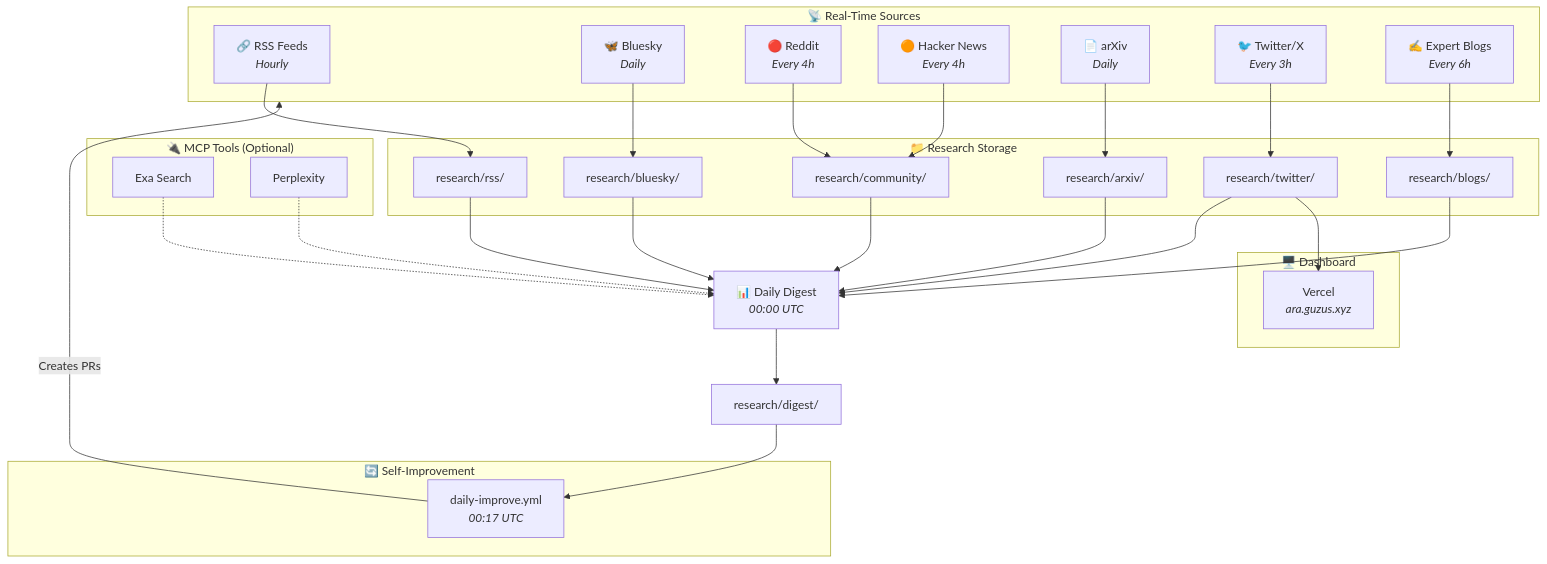
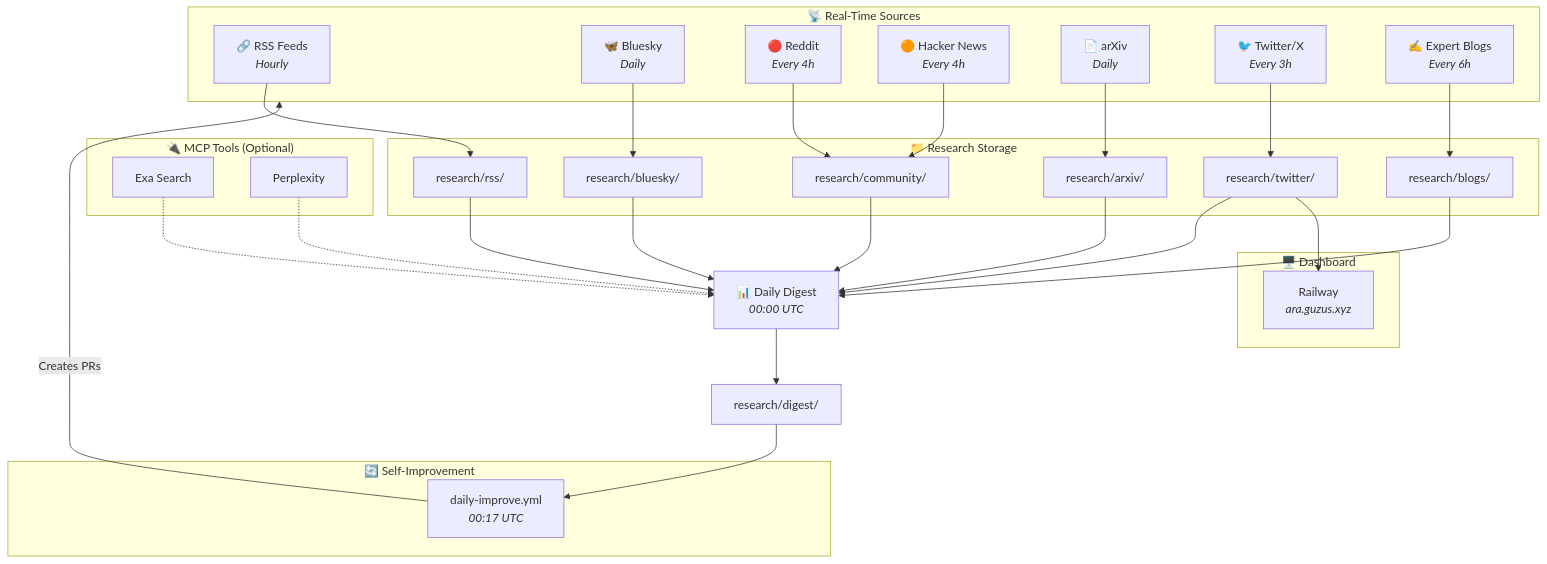
Before and after one commit to guzus/ai-research-arm: the first of 2 diagrams in README.md, drawn with Mermaid. The commit also changed other lines of this file and 1 other file, not shown here.

First line of the commit message:
Docs hosting truth 2026-06-10: ara.guzus.xyz is served by Railway, not Vercel

````diff
--- a/README.md
+++ b/README.md
@@ -15,60 +15,60 @@
 ```mermaid
 flowchart TB
     subgraph sources["📡 Real-Time Sources"]
         RSS["🔗 RSS Feeds<br/><i>Hourly</i>"]
         Bluesky["🦋 Bluesky<br/><i>Daily</i>"]
         Reddit["🔴 Reddit<br/><i>Every 4h</i>"]
         HN["🟠 Hacker News<br/><i>Every 4h</i>"]
         arXiv["📄 arXiv<br/><i>Daily</i>"]
         Twitter["🐦 Twitter/X<br/><i>Every 3h</i>"]
         Blogs["✍️ Expert Blogs<br/><i>Every 6h</i>"]
     end
 
     subgraph mcp["🔌 MCP Tools (Optional)"]
         Exa["Exa Search"]
         Perplexity["Perplexity"]
     end
 
     subgraph storage["📁 Research Storage"]
         rss_out["research/rss/"]
         bluesky_out["research/bluesky/"]
         community_out["research/community/"]
         arxiv_out["research/arxiv/"]
         twitter_out["research/twitter/"]
         blogs_out["research/blogs/"]
     end
 
     RSS --> rss_out
     Bluesky --> bluesky_out
     Reddit --> community_out
     HN --> community_out
     arXiv --> arxiv_out
     Twitter --> twitter_out
     Blogs --> blogs_out
 
     rss_out --> Digest
     bluesky_out --> Digest
     community_out --> Digest
     arxiv_out --> Digest
     twitter_out --> Digest
     blogs_out --> Digest
 
     Exa -.-> Digest
     Perplexity -.-> Digest
 
     Digest["📊 Daily Digest<br/><i>00:00 UTC</i>"]
     Digest --> digest_out["research/digest/"]
 
     subgraph improve["🔄 Self-Improvement"]
         Improve["daily-improve.yml<br/><i>00:17 UTC</i>"]
     end
 
     digest_out --> Improve
     Improve -->|"Creates PRs"| sources
 
     subgraph dashboard["🖥️ Dashboard"]
-        Vercel["Vercel<br/><i>ara.guzus.xyz</i>"]
+        Railway["Railway<br/><i>ara.guzus.xyz</i>"]
     end
 
-    twitter_out --> Vercel
+    twitter_out --> Railway
 ```
````
